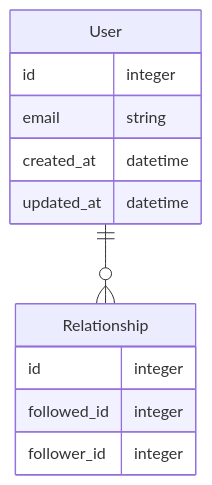
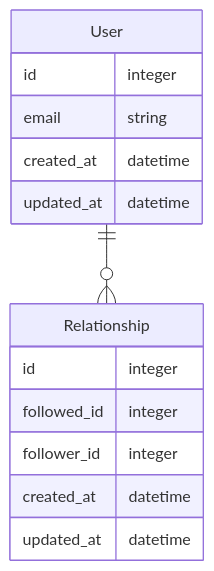
Before and after one commit to urotansh/git-practice: the diagram in erDiagram.md, drawn with Mermaid.

Commit message:
erDiagram2

````diff
--- a/erDiagram.md
+++ b/erDiagram.md
@@ -1,17 +1,19 @@
 ```mermaid
 erDiagram
   User ||--o{Relationship: ""
   
   User {
     id           integer
     email        string
     created_at   datetime
     updated_at   datetime
   }
   
   Relationship {
     id           integer
     followed_id  integer
     follower_id  integer
+    created_at   datetime
+    updated_at   datetime
   }
 ```
````
